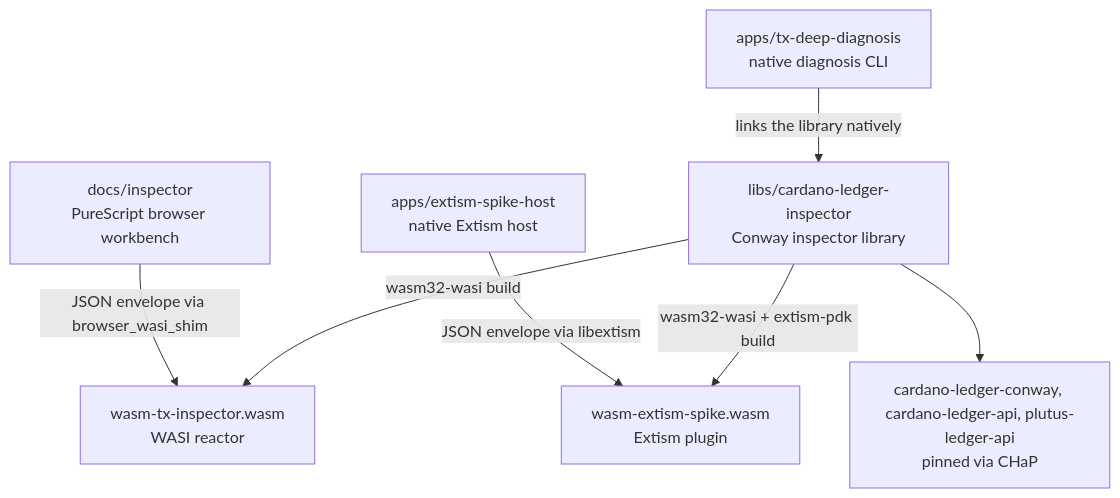
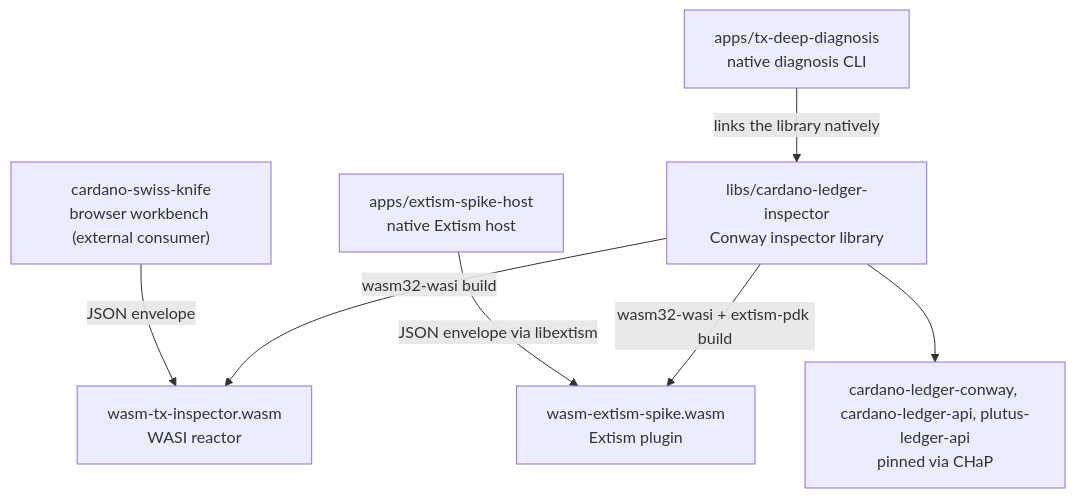
One commit to lambdasistemi/cardano-ledger-inspector changed the diagram in README.md. Above: the diagram before and after it, drawn with Mermaid. The commit also changed other lines of this file and 71 other files, not shown here.

````diff
--- a/README.md
+++ b/README.md
@@ -33,17 +34,17 @@
 ```mermaid
 flowchart TB
-  UI["docs/inspector<br/>PureScript browser workbench"]
+  CSK["cardano-swiss-knife<br/>browser workbench (external consumer)"]
   CLI["apps/tx-deep-diagnosis<br/>native diagnosis CLI"]
   ExtHost["apps/extism-spike-host<br/>native Extism host"]
   WASI["wasm-tx-inspector.wasm<br/>WASI reactor"]
   Plugin["wasm-extism-spike.wasm<br/>Extism plugin"]
   Lib["libs/cardano-ledger-inspector<br/>Conway inspector library"]
   Ledger["cardano-ledger-conway, cardano-ledger-api, plutus-ledger-api<br/>pinned via CHaP"]
 
-  UI -- "JSON envelope via browser_wasi_shim" --> WASI
+  CSK -- "JSON envelope" --> WASI
   ExtHost -- "JSON envelope via libextism" --> Plugin
   CLI -- "links the library natively" --> Lib
   Lib -- "wasm32-wasi build" --> WASI
   Lib -- "wasm32-wasi + extism-pdk build" --> Plugin
   Lib --> Ledger
 ```
````
